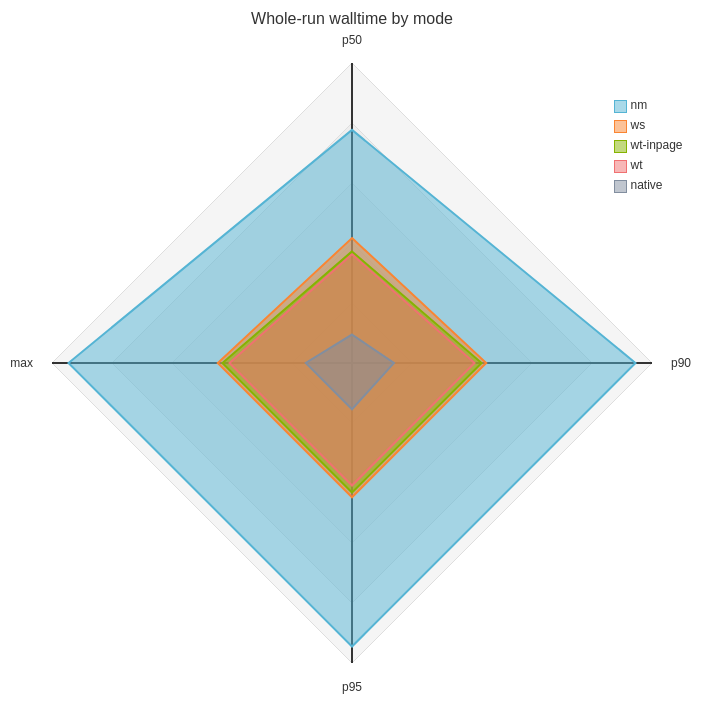
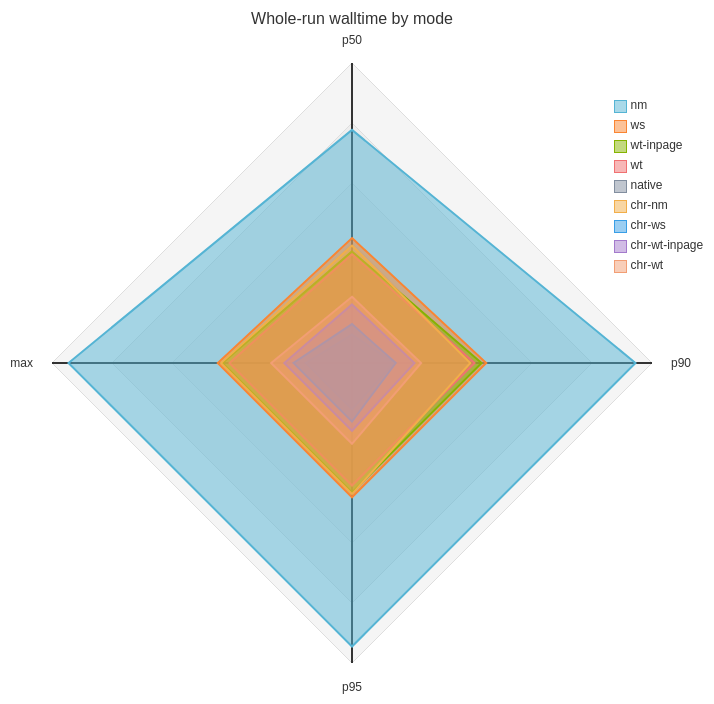
The sixth of 6 diagrams in docs/BENCHMARK.md (K4zoku/FF-WebHID), drawn with Mermaid before and after one commit. The commit also changed other lines of this file and 4 other files, not shown here.

Commit message:
docs: merge chr benchmark series into shared charts

````diff
--- a/docs/BENCHMARK.md
+++ b/docs/BENCHMARK.md
@@ -232,23 +252,30 @@
 ```mermaid
 ---
 config:
   themeVariables:
     cScale0: '#55b4d4'
     cScale1: '#fa8532'
     cScale2: '#86b300'
     cScale3: '#f07171'
     cScale4: '#828e9f'
-    cScale5: '#9c6ade'
+    cScale5: '#f2ae49'
+    cScale6: '#399ee6'
+    cScale7: '#a37acc'
+    cScale8: '#f29e74'
 ---
 radar-beta
   title Whole-run walltime by mode
   axis p50["p50"], p90["p90"], p95["p95"], mx["max"]
   curve nm["nm"]{932.5, 1134.0, 1134.0, 1134.0}
   curve ws["ws"]{499.8, 536.9, 536.9, 536.9}
   curve wtip["wt-inpage"]{446.3, 518.3, 518.3, 518.3}
   curve wt["wt"]{434.7, 490.0, 490.0, 490.0}
   curve nat["native"]{113.8, 167.9, 184.8, 184.8}
+  curve chrnm["chr-nm"]{470.0, 473.2, 524.2, 524.2}
+  curve chrws["chr-ws"]{155.7, 175.0, 233.9, 233.9}
+  curve chrwti["chr-wt-inpage"]{234.2, 249.9, 270.9, 270.9}
+  curve chrwt["chr-wt"]{264.7, 276.5, 323.3, 323.3}
   graticule polygon
   max 1200
   min 0
 ```
````
